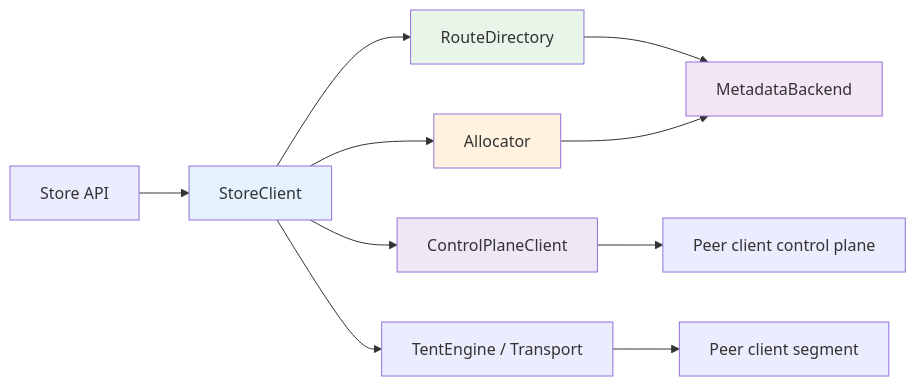
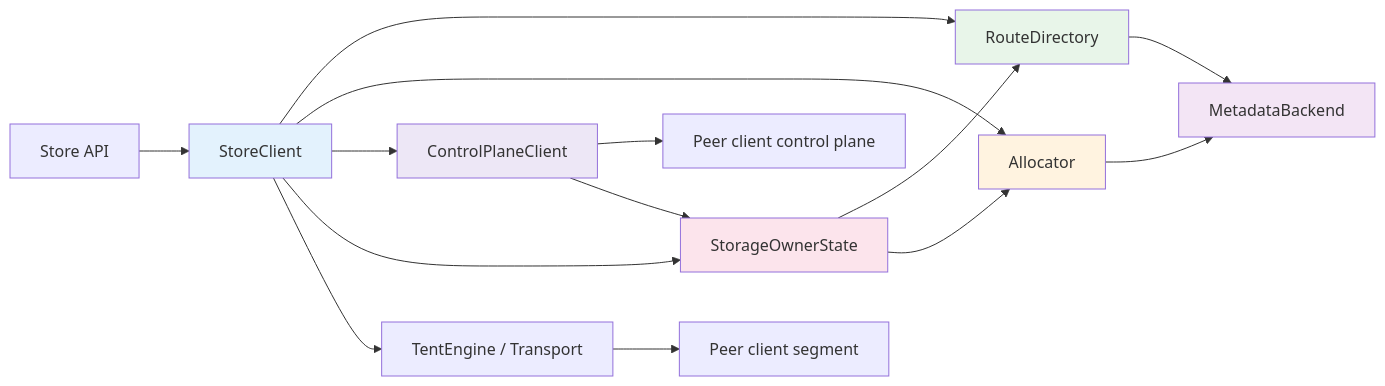
Before and after one commit to kvcache-ai/Mooncake: the first of 4 diagrams in mooncake-store/store-rs/docs/architecture.md, drawn with Mermaid. The commit also changed other lines of this file and 5 other files, not shown here.

Commit message:
[Docs] document storage-owner eviction flow

````diff
--- a/mooncake-store/store-rs/docs/architecture.md
+++ b/mooncake-store/store-rs/docs/architecture.md
@@ -24,18 +25,23 @@
 ```mermaid
 graph LR
     A["Store API"] --> B["StoreClient"]
     B --> C["RouteDirectory"]
     B --> D["Allocator"]
     B --> E["ControlPlaneClient"]
+    B --> J["StorageOwnerState"]
     B --> F["TentEngine / Transport"]
     C --> G["MetadataBackend"]
     D --> G
+    J --> C
+    J --> D
     E --> H["Peer client control plane"]
+    E --> J
     F --> I["Peer client segment"]
 
     style B fill:#e3f2fd
     style C fill:#e8f5e9
     style D fill:#fff3e0
     style E fill:#ede7f6
+    style J fill:#fce4ec
     style G fill:#f3e5f5
 ```
````
